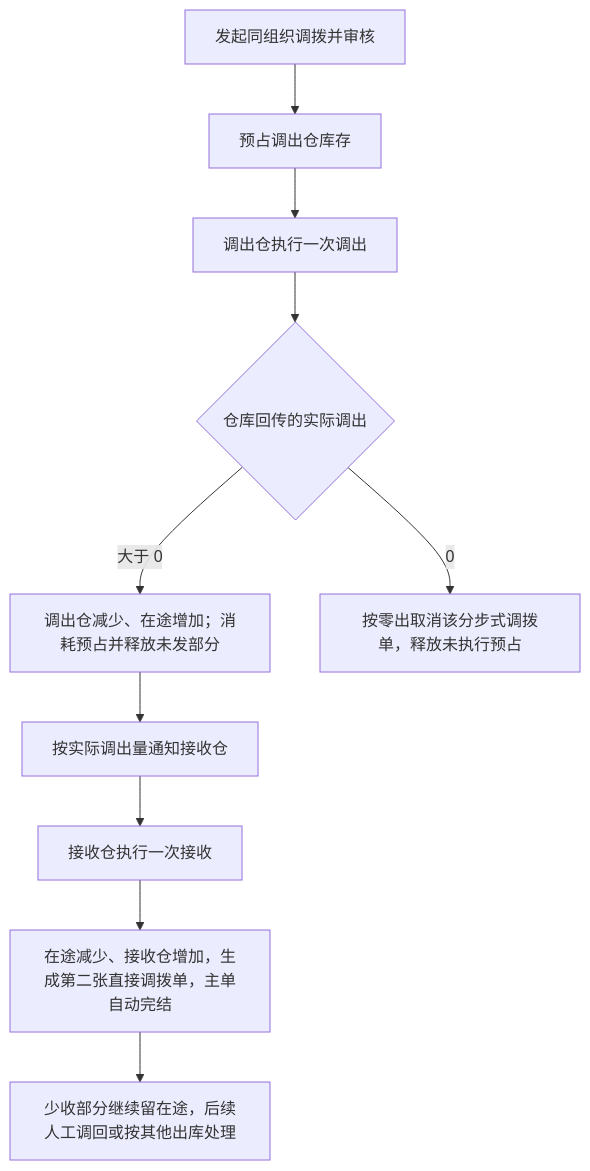
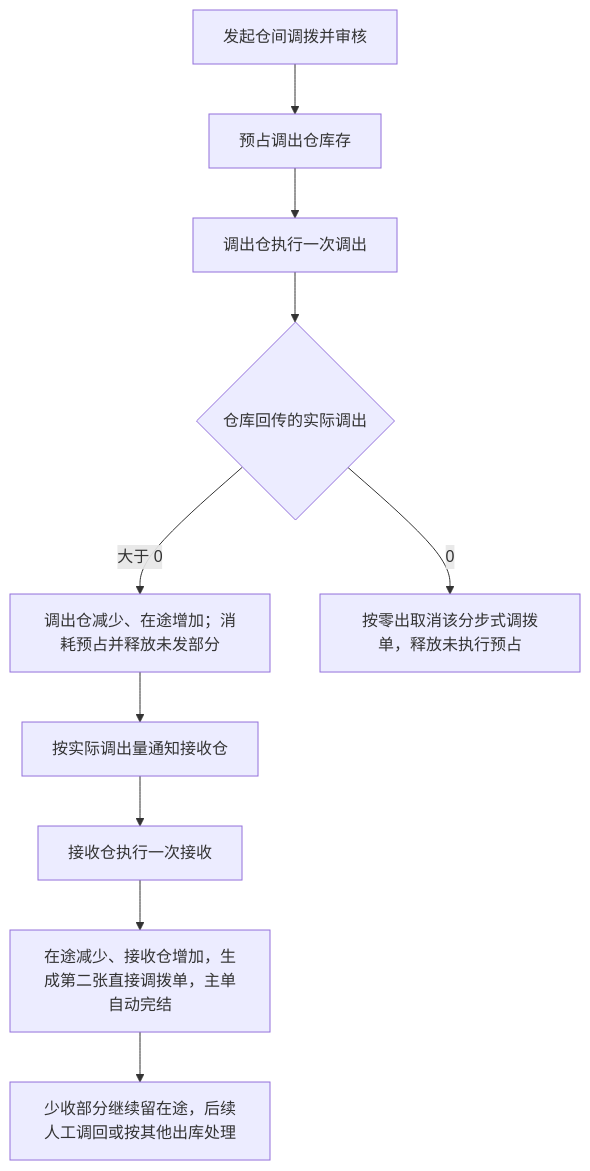
The diagram in 03-业务分析和设计/03-库存与仓储业务设计.md (TopVitamin/QS-ERP-Project), drawn with Mermaid before and after one commit. The commit also changed other lines of this file and 46 other files, not shown here.

````diff
--- a/03-业务分析和设计/03-库存与仓储业务设计.md
+++ b/03-业务分析和设计/03-库存与仓储业务设计.md
@@ -101,12 +101,12 @@
 ```mermaid
 flowchart TB
-    A[发起同组织调拨并审核] --> A1[预占调出仓库存]
+    A[发起仓间调拨并审核] --> A1[预占调出仓库存]
     A1 --> B[调出仓执行一次调出]
     B --> C{仓库回传的实际调出}
     C -->|大于 0| D[调出仓减少、在途增加；消耗预占并释放未发部分]
     C -->|0| E[按零出取消该分步式调拨单，释放未执行预占]
     D --> F[按实际调出量通知接收仓]
     F --> G[接收仓执行一次接收]
     G --> H[在途减少、接收仓增加，生成第二张直接调拨单，主单自动完结]
     H --> I[少收部分继续留在途，后续人工调回或按其他出库处理]
 ```
````
